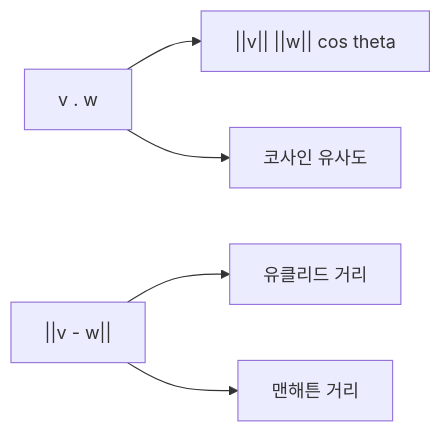
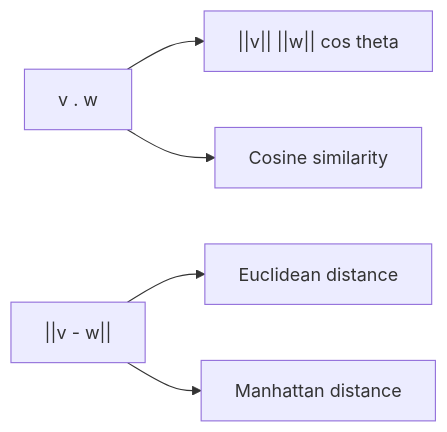
One commit to yeongseon-books/book-content changed the diagram in content/linear-algebra-101/ko/04-inner-product-and-distance.md. Above: the diagram before and after it, drawn with Mermaid. The commit also changed other lines of this file and 9 other files, not shown here.

````diff
--- a/content/linear-algebra-101/ko/04-inner-product-and-distance.md
+++ b/content/linear-algebra-101/ko/04-inner-product-and-distance.md
@@ -53,7 +46,7 @@
 ```mermaid
 flowchart LR
     Dot["v . w"] --> Mag["||v|| ||w|| cos theta"]
-    Dot --> Cos["코사인 유사도"]
-    Dist["||v - w||"] --> Euc["유클리드 거리"]
-    Dist --> Man["맨해튼 거리"]
+    Dot --> Cos["Cosine similarity"]
+    Dist["||v - w||"] --> Euc["Euclidean distance"]
+    Dist --> Man["Manhattan distance"]
 ```
````
